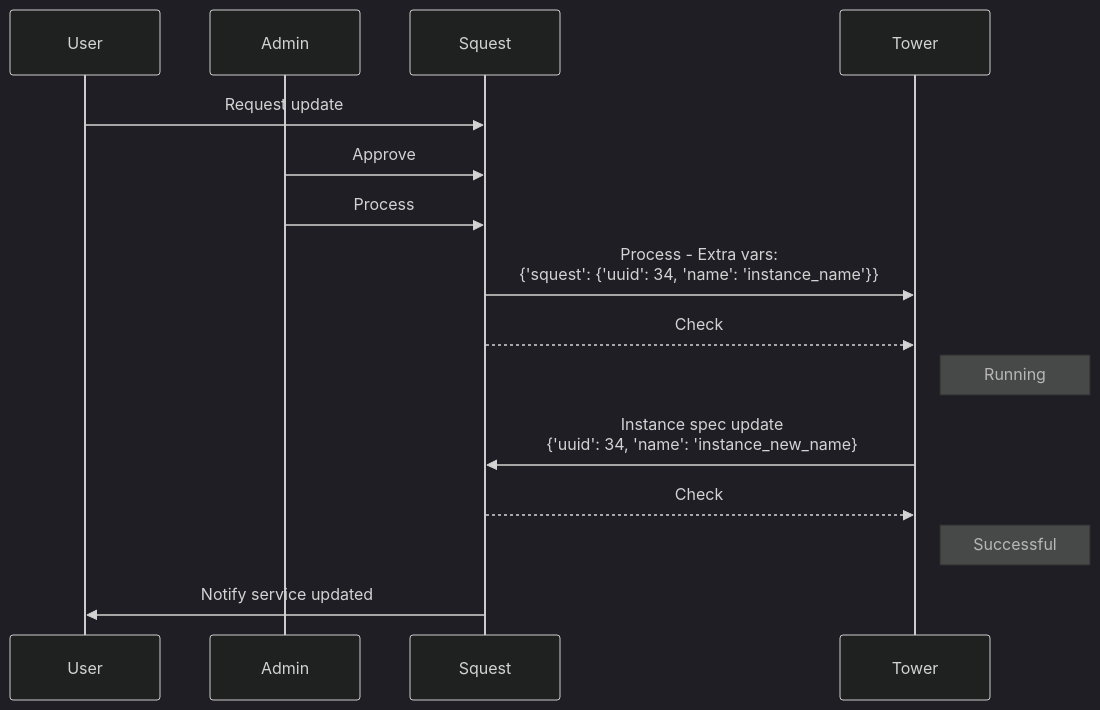
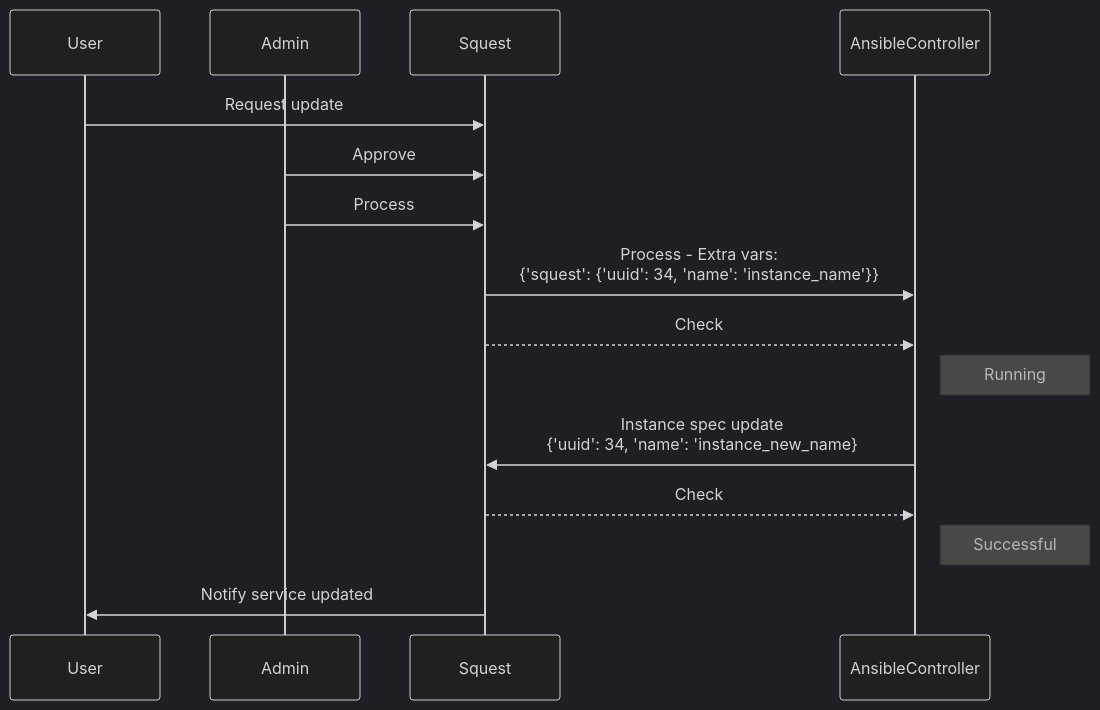
Before and after one commit to HewlettPackard/squest: the second of 2 diagrams in docs/manual/service_catalog/concept.md, drawn with Mermaid (dark theme). The commit also changed other lines of this file and 122 other files, not shown here.

Commit message:
Rename Tower to AnsibleController

````diff
--- a/docs/manual/service_catalog/concept.md
+++ b/docs/manual/service_catalog/concept.md
@@ -125,17 +125,17 @@
 ```mermaid
 sequenceDiagram
     participant User
     participant Admin
     participant Squest
-    participant Tower
+    participant AnsibleController
     User->>Squest: Request update
     Admin->>Squest: Approve
     Admin->>Squest: Process
-    Squest->>Tower: Process - Extra vars:<br> {'squest': {'uuid': 34, 'name': 'instance_name'}}
-    Squest-->>Tower: Check
-    Note right of Tower: Running
-    Tower->>Squest: Instance spec update <br> {'uuid': 34, 'name': 'instance_new_name}
-    Squest-->>Tower: Check
-    Note right of Tower: Successful    
+    Squest->>AnsibleController: Process - Extra vars:<br> {'squest': {'uuid': 34, 'name': 'instance_name'}}
+    Squest-->>AnsibleController: Check
+    Note right of AnsibleController: Running
+    AnsibleController->>Squest: Instance spec update <br> {'uuid': 34, 'name': 'instance_new_name}
+    Squest-->>AnsibleController: Check
+    Note right of AnsibleController: Successful    
     Squest->>User: Notify service updated
 ```
````
